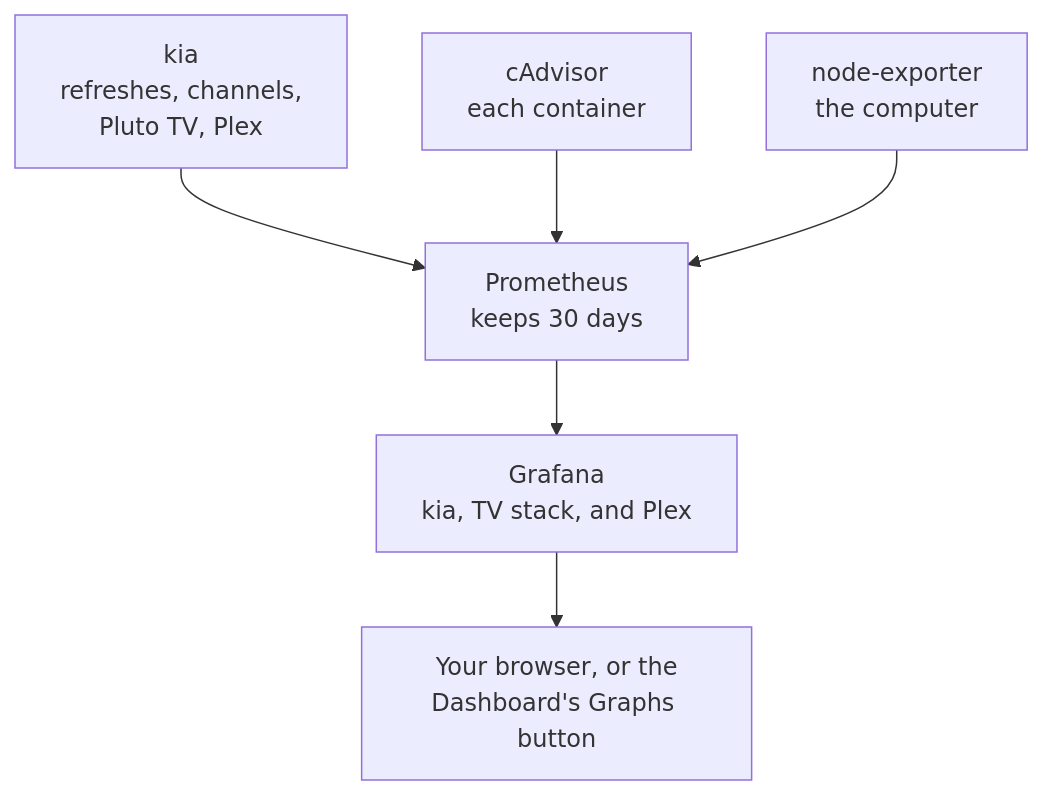
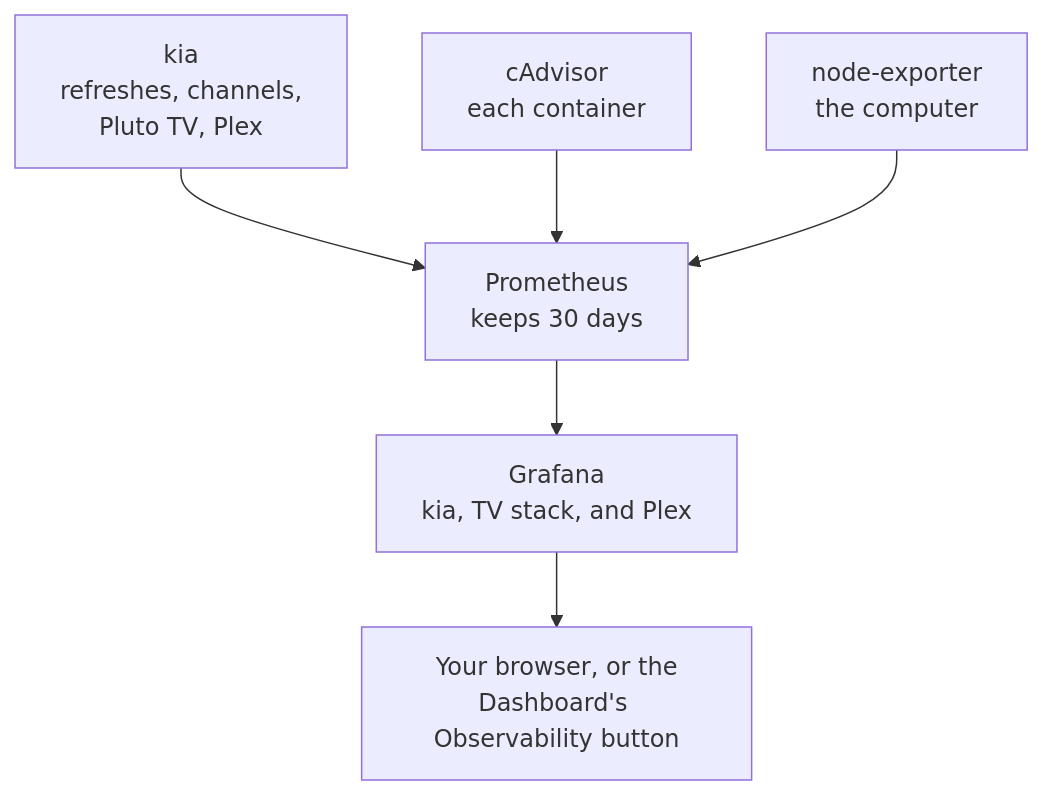
Before and after one commit to southsidedean/kodi-iptv-assistant: the diagram in docs/diagrams/observability.mmd, drawn with Mermaid. The commit also changed 9 other files, not shown here.

First line of the commit message:
Dashboard: the Observability (was Graphs) and Documentation buttons open in a new tab (#86)

```diff
--- a/docs/diagrams/observability.mmd
+++ b/docs/diagrams/observability.mmd
@@ -1,6 +1,6 @@
 flowchart TB
   kia["kia<br>refreshes, channels,<br>Pluto TV, Plex"] --> prom["Prometheus<br>keeps 30 days"]
   cad["cAdvisor<br>each container"] --> prom
   node["node-exporter<br>the computer"] --> prom
   prom --> graf["Grafana<br>kia, TV stack, and Plex"]
-  graf --> you["Your browser, or the<br>Dashboard's Graphs button"]
+  graf --> you["Your browser, or the<br>Dashboard's Observability button"]
```
